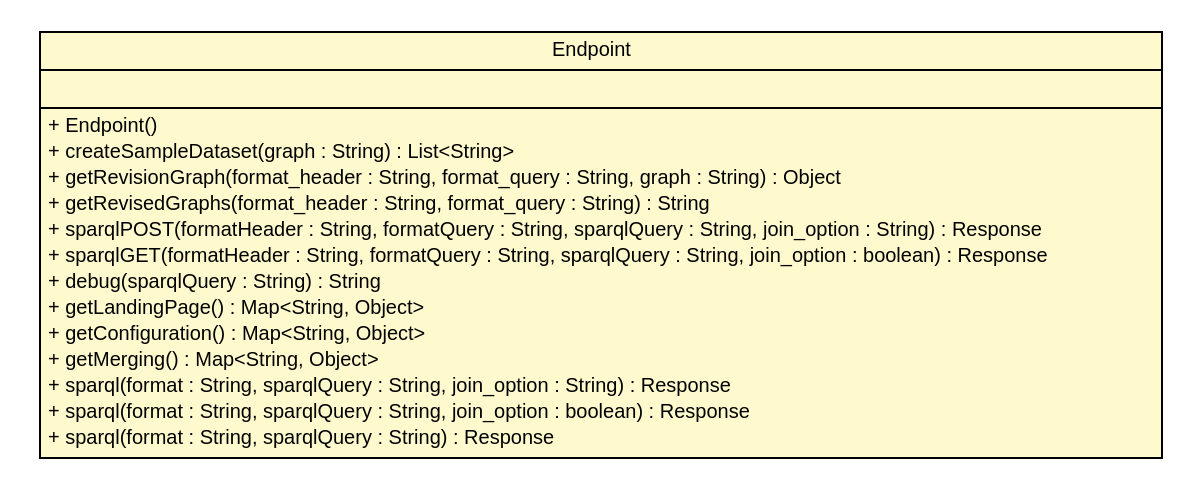
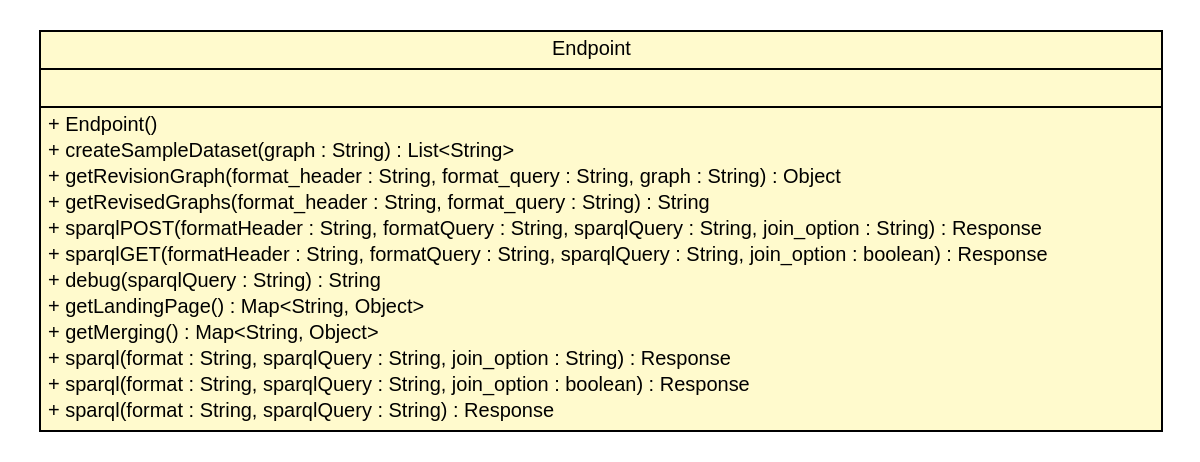
Before and after one commit to adrianorzyszek/r43ples: the diagram in site/apidocs/de/tud/plt/r43ples/webservice/Endpoint.dot, drawn with Graphviz. The commit also changed 271 other files, not shown here.

```diff
--- a/site/apidocs/de/tud/plt/r43ples/webservice/Endpoint.dot
+++ b/site/apidocs/de/tud/plt/r43ples/webservice/Endpoint.dot
@@ -1,36 +1,35 @@
 #!/usr/local/bin/dot
 #
 # Class diagram 
 # Generated by UMLGraph version R5_6-24-gf6e263 (http://www.umlgraph.org/)
 #
 
 digraph G {
 	edge [fontname="Helvetica",fontsize=10,labelfontname="Helvetica",labelfontsize=10];
 	node [fontname="Helvetica",fontsize=10,shape=plaintext];
 	nodesep=0.25;
 	ranksep=0.5;
 	// de.tud.plt.r43ples.webservice.Endpoint
-	c673 [label=<<table title="de.tud.plt.r43ples.webservice.Endpoint" border="0" cellborder="1" cellspacing="0" cellpadding="2" port="p" bgcolor="lemonChiffon" href="./Endpoint.html">
+	c688 [label=<<table title="de.tud.plt.r43ples.webservice.Endpoint" border="0" cellborder="1" cellspacing="0" cellpadding="2" port="p" bgcolor="lemonChiffon" href="./Endpoint.html">
 		<tr><td><table border="0" cellspacing="0" cellpadding="1">
 <tr><td align="center" balign="center"> Endpoint </td></tr>
 		</table></td></tr>
 		<tr><td><table border="0" cellspacing="0" cellpadding="1">
 <tr><td align="left" balign="left">  </td></tr>
 		</table></td></tr>
 		<tr><td><table border="0" cellspacing="0" cellpadding="1">
 <tr><td align="left" balign="left"> + Endpoint() </td></tr>
 <tr><td align="left" balign="left"> + createSampleDataset(graph : String) : List&lt;String&gt; </td></tr>
 <tr><td align="left" balign="left"> + getRevisionGraph(format_header : String, format_query : String, graph : String) : Object </td></tr>
 <tr><td align="left" balign="left"> + getRevisedGraphs(format_header : String, format_query : String) : String </td></tr>
 <tr><td align="left" balign="left"> + sparqlPOST(formatHeader : String, formatQuery : String, sparqlQuery : String, join_option : String) : Response </td></tr>
 <tr><td align="left" balign="left"> + sparqlGET(formatHeader : String, formatQuery : String, sparqlQuery : String, join_option : boolean) : Response </td></tr>
 <tr><td align="left" balign="left"> + debug(sparqlQuery : String) : String </td></tr>
 <tr><td align="left" balign="left"> + getLandingPage() : Map&lt;String, Object&gt; </td></tr>
-<tr><td align="left" balign="left"> + getConfiguration() : Map&lt;String, Object&gt; </td></tr>
 <tr><td align="left" balign="left"> + getMerging() : Map&lt;String, Object&gt; </td></tr>
 <tr><td align="left" balign="left"> + sparql(format : String, sparqlQuery : String, join_option : String) : Response </td></tr>
 <tr><td align="left" balign="left"> + sparql(format : String, sparqlQuery : String, join_option : boolean) : Response </td></tr>
 <tr><td align="left" balign="left"> + sparql(format : String, sparqlQuery : String) : Response </td></tr>
 		</table></td></tr>
 		</table>>, URL="./Endpoint.html", fontname="Helvetica", fontcolor="black", fontsize=10.0];
 }
```
